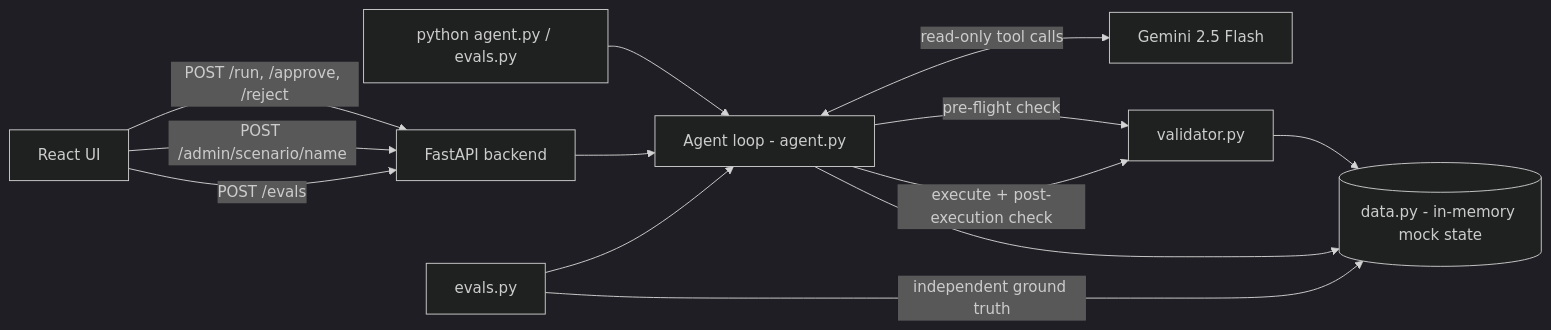
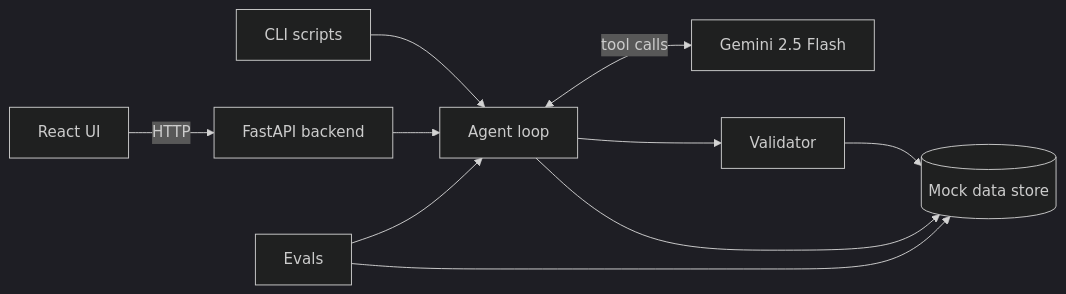
One commit to vijayarawat/RAPI_AI_PURCHASING_AGENT changed the diagram in README.md. Above: the diagram before and after it, drawn with Mermaid (dark theme). The commit also changed other lines of this file, not shown here.

Commit message:
Added detailed readme

````diff
--- a/README.md
+++ b/README.md
@@ -12,17 +12,14 @@
 ```mermaid
 flowchart LR
-    UI[React UI] -->|POST /run, /approve, /reject| API[FastAPI backend]
-    UI -->|POST /admin/scenario/name| API
-    UI -->|POST /evals| API
-    CLI[python agent.py / evals.py] --> AGENT
+    UI[React UI] -->|HTTP| API[FastAPI backend]
+    CLI[CLI scripts] --> AGENT
 
-    API --> AGENT[Agent loop - agent.py]
-    AGENT <-->|read-only tool calls| LLM[Gemini 2.5 Flash]
-    AGENT -->|pre-flight check| VALIDATOR[validator.py]
-    AGENT -->|execute + post-execution check| VALIDATOR
-    VALIDATOR --> DATA[(data.py - in-memory mock state)]
+    API --> AGENT[Agent loop]
+    AGENT <-->|tool calls| LLM[Gemini 2.5 Flash]
+    AGENT --> VALIDATOR[Validator]
+    VALIDATOR --> DATA[(Mock data store)]
     AGENT --> DATA
 
-    EVALS[evals.py] --> AGENT
-    EVALS -->|independent ground truth| DATA
+    EVALS[Evals] --> AGENT
+    EVALS --> DATA
 ```
````
